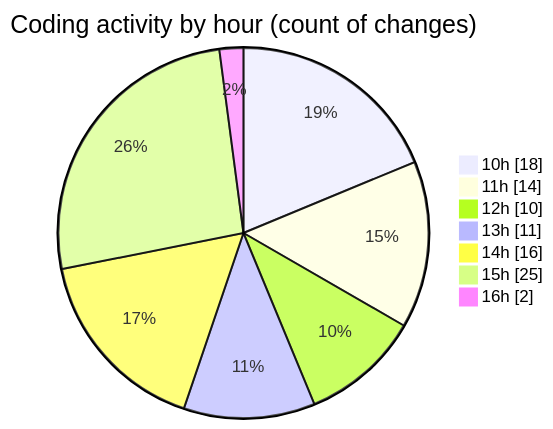
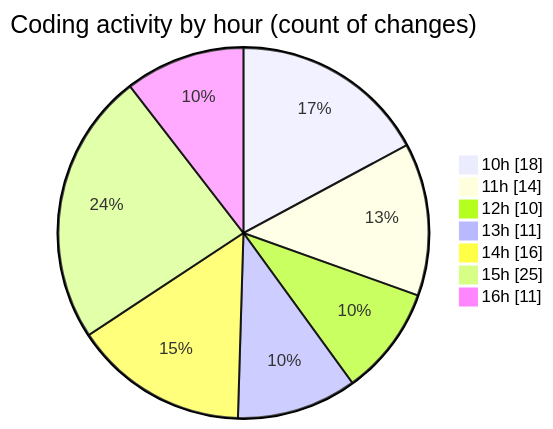
Before and after one commit to momahboobian/code-tracking: the second of 2 diagrams in 2026-05-22/cda/README.md, drawn with Mermaid. The commit also changed other lines of this file and 1 other file, not shown here.

````diff
--- a/2026-05-22/cda/README.md
+++ b/2026-05-22/cda/README.md
@@ -48,11 +53,11 @@
 ```mermaid
 pie showData
 title Coding activity by hour (count of changes)
 "10h" : 18
 "11h" : 14
 "12h" : 10
 "13h" : 11
 "14h" : 16
 "15h" : 25
-"16h" : 2
+"16h" : 11
 ```
````
